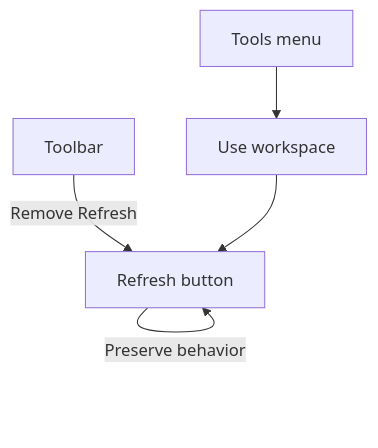
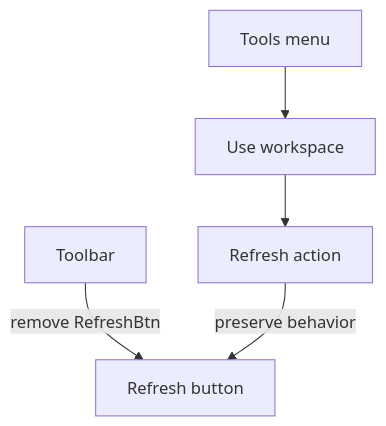
One commit to AlexAgo83/logics-manager changed the diagram in logics/request/req_051_move_refresh_from_the_toolbar_to_the_tools_menu.md. Above: the diagram before and after it, drawn with Mermaid. The commit also changed 50 other files, not shown here.

````diff
--- a/logics/request/req_051_move_refresh_from_the_toolbar_to_the_tools_menu.md
+++ b/logics/request/req_051_move_refresh_from_the_toolbar_to_the_tools_menu.md
@@ -10,12 +10,13 @@
 ```mermaid
 %% logics-kind: request
 %% logics-signature: request|move-refresh-from-the-toolbar-to-the-too|reduce-the-number-of-always-visible-cont|ac1-the-primary-toolbar-no-longer
 flowchart TD
     Toolbar[Toolbar]
     ToolsMenu[Tools menu]
     RefreshBtn[Refresh button]
     UseWorkspace[Use workspace]
-    Toolbar -->|Remove Refresh| RefreshBtn
-    ToolsMenu --> UseWorkspace --> RefreshBtn
-    RefreshBtn -->|Preserve behavior| RefreshBtn
+    RefreshAction[Refresh action]
+    Toolbar -->|remove RefreshBtn| RefreshBtn
+    ToolsMenu --> UseWorkspace --> RefreshAction
+    RefreshAction -->|preserve behavior| RefreshBtn
 ```
````
